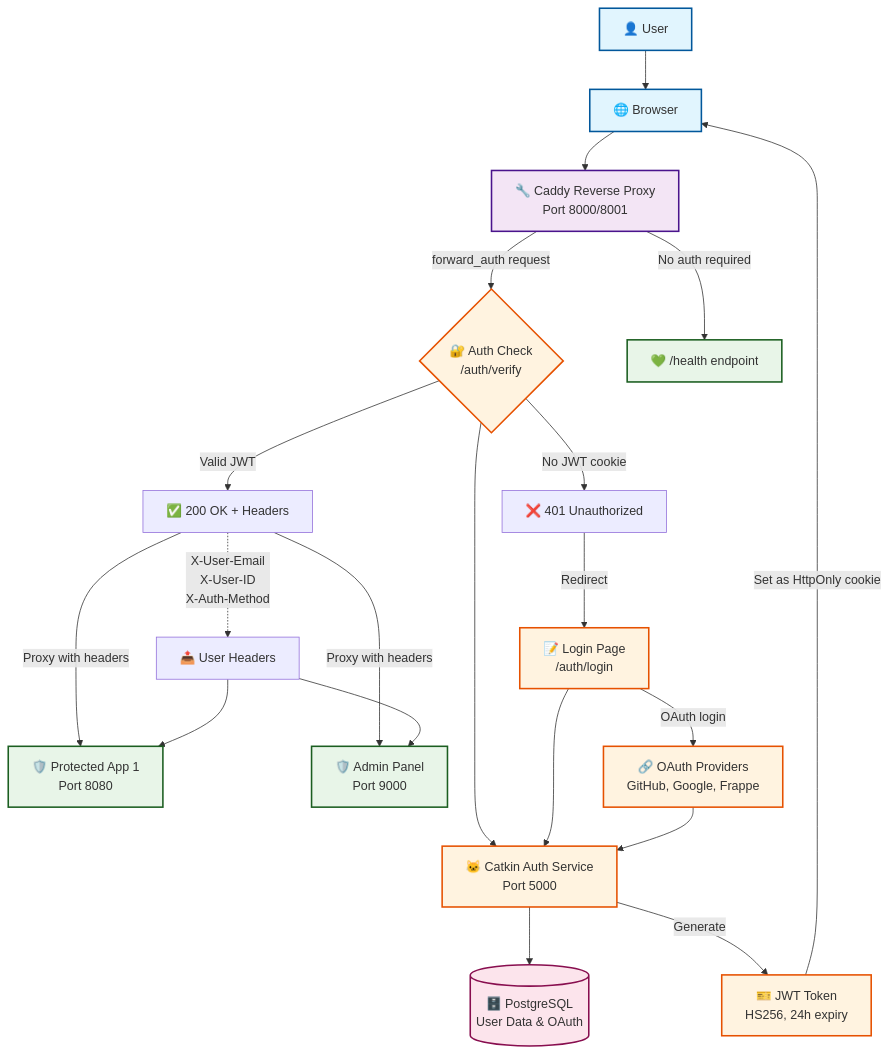
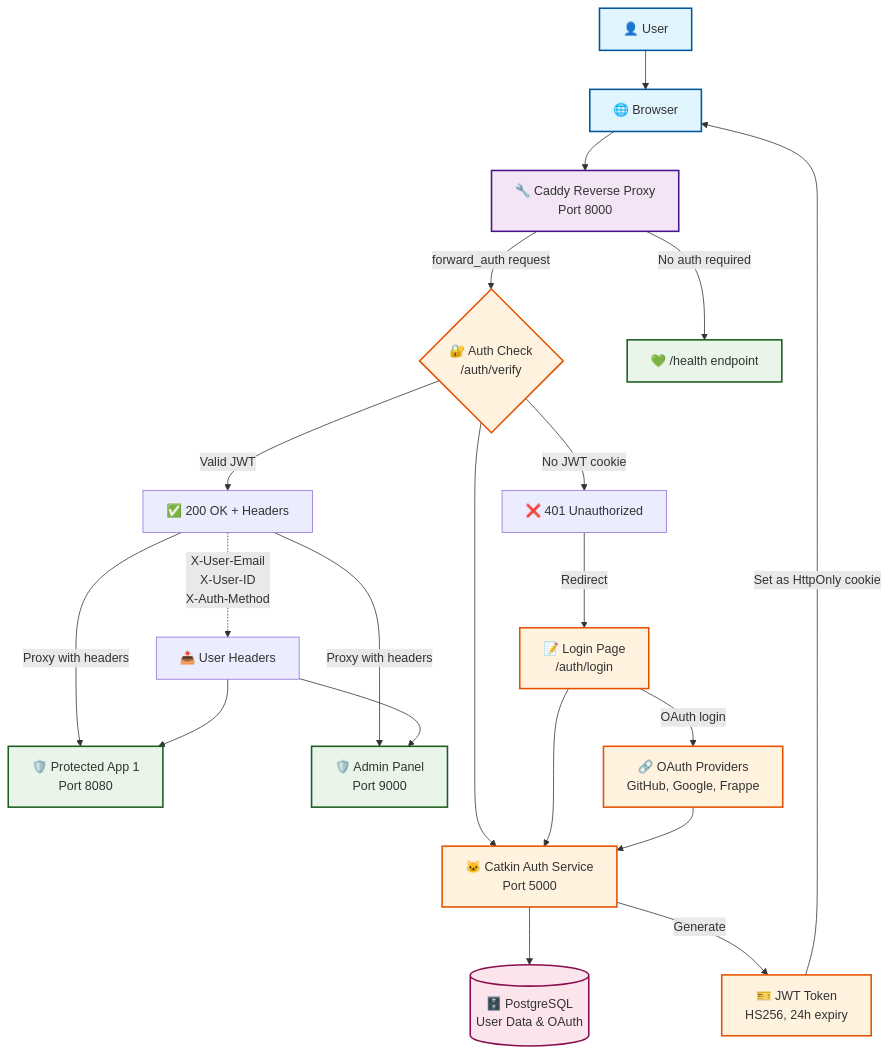
Before and after one commit to agritheory/catkin: the first of 7 diagrams in caddy/docs/ARCHITECTURE.md, drawn with Mermaid. The commit also changed 9 other files, not shown here.

````diff
--- a/caddy/docs/ARCHITECTURE.md
+++ b/caddy/docs/ARCHITECTURE.md
@@ -5,54 +5,54 @@
 ```mermaid
 graph TB
     %% User and Browser
     User[👤 User] --> Browser[🌐 Browser]
 
     %% Caddy Proxy Layer
-    Browser --> Caddy[🔧 Caddy Reverse Proxy<br/>Port 8000/8001]
+    Browser --> Caddy[🔧 Caddy Reverse Proxy<br/>Port 8000]
 
     %% Authentication Flow
     Caddy -->|forward_auth request| AuthCheck{🔐 Auth Check<br/>/auth/verify}
     AuthCheck -->|No JWT cookie| AuthFail[❌ 401 Unauthorized]
     AuthCheck -->|Valid JWT| AuthSuccess[✅ 200 OK + Headers]
 
     %% Auth Service
     AuthCheck --> CatkinAuth[🐱 Catkin Auth Service<br/>Port 5000]
     AuthFail -->|Redirect| LoginPage[📝 Login Page<br/>/auth/login]
     LoginPage --> CatkinAuth
 
     %% Database
     CatkinAuth --> Database[(🗄️ PostgreSQL<br/>User Data & OAuth)]
 
     %% JWT Processing
     CatkinAuth -->|Generate| JWT[🎫 JWT Token<br/>HS256, 24h expiry]
     JWT -->|Set as HttpOnly cookie| Browser
 
     %% Protected Services
     AuthSuccess -->|Proxy with headers| ProtectedApp1[🛡️ Protected App 1<br/>Port 8080]
     AuthSuccess -->|Proxy with headers| ProtectedApp2[🛡️ Admin Panel<br/>Port 9000]
 
     %% Headers passed to apps
     AuthSuccess -.->|X-User-Email<br/>X-User-ID<br/>X-Auth-Method| HeaderFlow[📤 User Headers]
     HeaderFlow --> ProtectedApp1
     HeaderFlow --> ProtectedApp2
 
     %% OAuth Integration
     LoginPage -->|OAuth login| OAuth[🔗 OAuth Providers<br/>GitHub, Google, Frappe]
     OAuth --> CatkinAuth
 
     %% Health Check
     Caddy -->|No auth required| HealthCheck[💚 /health endpoint]
 
     %% Styling
     classDef userStyle fill:#e1f5fe,stroke:#01579b,stroke-width:2px
     classDef proxyStyle fill:#f3e5f5,stroke:#4a148c,stroke-width:2px
     classDef authStyle fill:#fff3e0,stroke:#e65100,stroke-width:2px
     classDef appStyle fill:#e8f5e8,stroke:#1b5e20,stroke-width:2px
     classDef dataStyle fill:#fce4ec,stroke:#880e4f,stroke-width:2px
 
     class User,Browser userStyle
     class Caddy proxyStyle
     class CatkinAuth,AuthCheck,JWT,LoginPage,OAuth authStyle
     class ProtectedApp1,ProtectedApp2,HealthCheck appStyle
     class Database dataStyle
 ```
````
